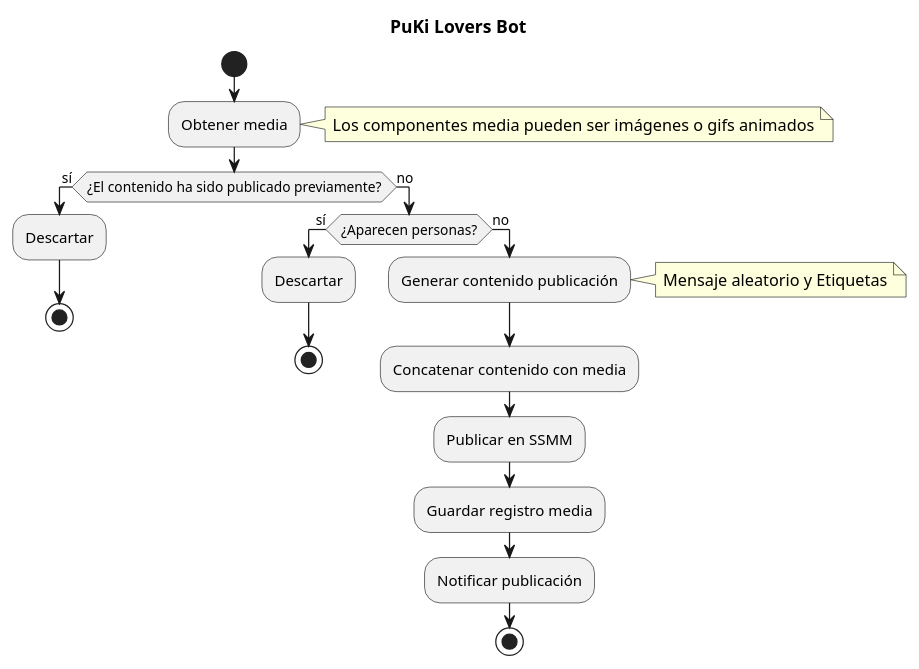
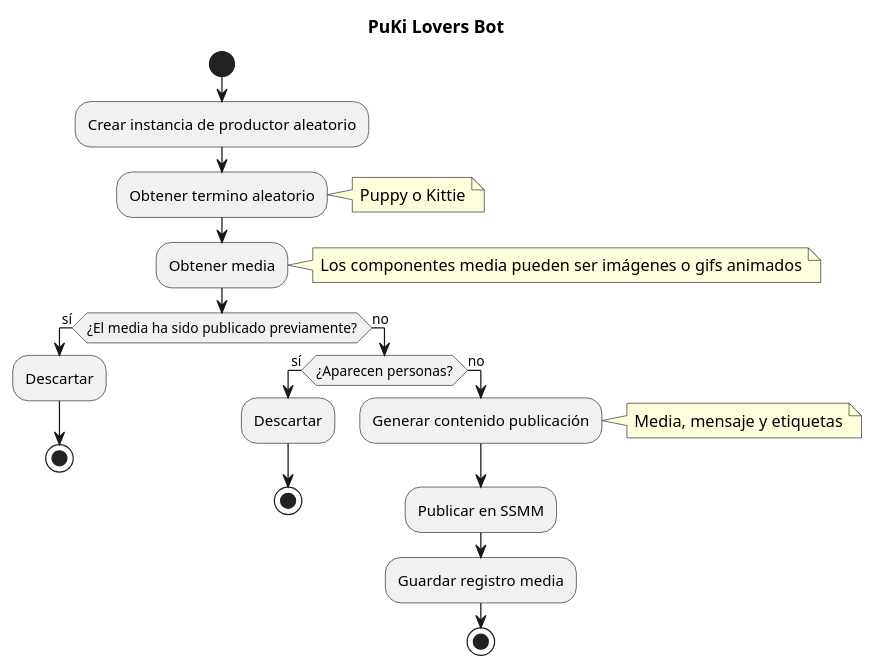
One commit to medinamarquezp/pukiloversbot changed the diagram in docs/diagrams/src/PuKiFlow.puml. Above: the diagram before and after it, drawn with PlantUML. The commit also changed 3 other files, not shown here.

```diff
--- a/docs/diagrams/src/PuKiFlow.puml
+++ b/docs/diagrams/src/PuKiFlow.puml
@@ -1,26 +1,27 @@
 start
 
 title PuKi Lovers Bot
 
+:Crear instancia de productor aleatorio;
+:Obtener termino aleatorio;
+note right: Puppy o Kittie
 :Obtener media; 
 note right: Los componentes media pueden ser imágenes o gifs animados
 
-if (¿El contenido ha sido publicado previamente?) then (sí)
+if (¿El media ha sido publicado previamente?) then (sí)
     :Descartar;
     stop
 else (no)
     if (¿Aparecen personas?) then (sí)
         :Descartar;
         stop
     else (no)
         :Generar contenido publicación;
-        note right: Mensaje aleatorio y Etiquetas
-        :Concatenar contenido con media;
+        note right: Media, mensaje y etiquetas
         :Publicar en SSMM;
         :Guardar registro media;
-        :Notificar publicación;
         stop
     endif
 endif
 
 @enduml
```
